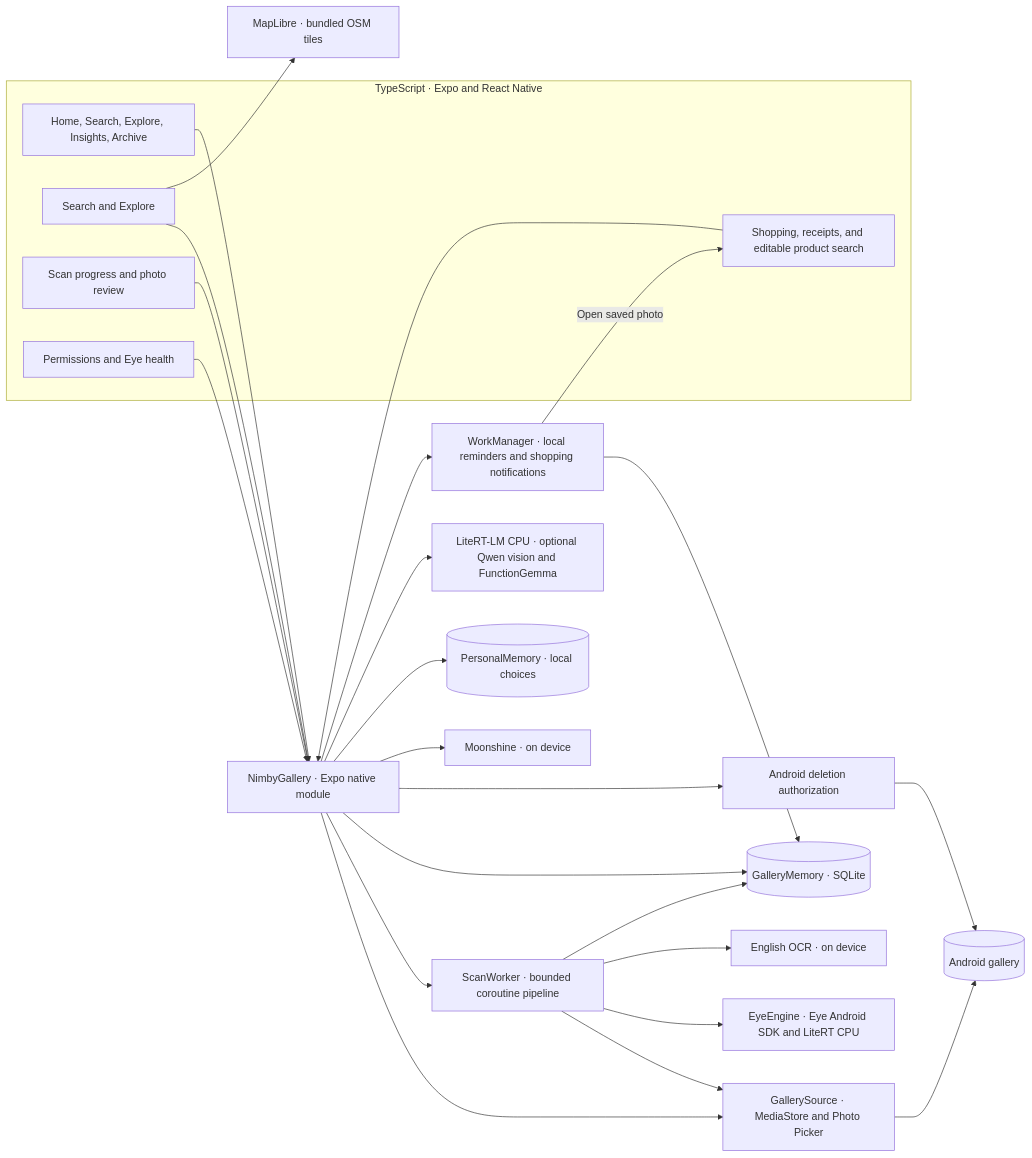
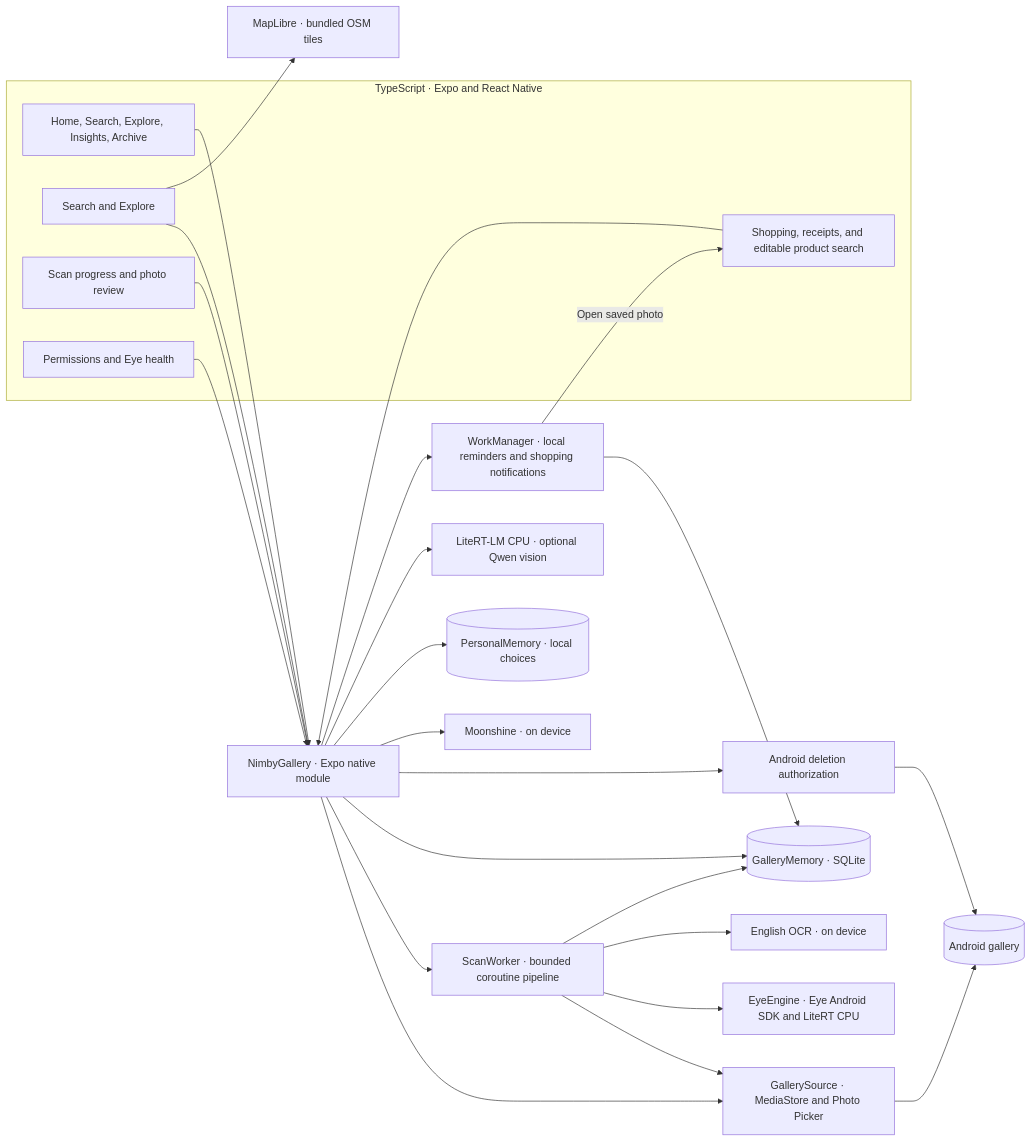
One commit to harishkotra/nimby changed the first of 3 diagrams in README.md. Above: the diagram before and after it, drawn with Mermaid. The commit also changed other lines of this file and 42 other files, not shown here.

````diff
--- a/README.md
+++ b/README.md
@@ -35,47 +35,47 @@
 ```mermaid
 flowchart LR
     subgraph UI["TypeScript · Expo and React Native"]
         App["Home, Search, Explore, Insights, Archive"]
         Recall["Search and Explore"]
         Review["Scan progress and photo review"]
         Settings["Permissions and Eye health"]
         FollowUps["Shopping, receipts, and editable product search"]
     end
 
     Bridge["NimbyGallery · Expo native module"]
     Source["GallerySource · MediaStore and Photo Picker"]
     Worker["ScanWorker · bounded coroutine pipeline"]
     Eye["EyeEngine · Eye Android SDK and LiteRT CPU"]
     DB[("GalleryMemory · SQLite")]
     OCR["English OCR · on device"]
     Voice["Moonshine · on device"]
     Map["MapLibre · bundled OSM tiles"]
     Feedback[("PersonalMemory · local choices")]
-    Models["LiteRT-LM CPU · optional Qwen vision and FunctionGemma"]
+    Models["LiteRT-LM CPU · optional Qwen vision"]
     Jobs["WorkManager · local reminders and shopping notifications"]
     Gallery[("Android gallery")]
     Delete["Android deletion authorization"]
 
     App --> Bridge
     Recall --> Bridge
     Recall --> Map
     Review --> Bridge
     Settings --> Bridge
     FollowUps --> Bridge
     Bridge --> Source
     Bridge --> Worker
     Bridge --> DB
     Source --> Gallery
     Worker --> Source
     Worker --> Eye
     Worker --> OCR
     Worker --> DB
     Bridge --> Delete
     Bridge --> Voice
     Bridge --> Feedback
     Bridge --> Models
     Bridge --> Jobs
     Jobs --> DB
     Jobs -->|Open saved photo| FollowUps
     Delete --> Gallery
 ```
````
